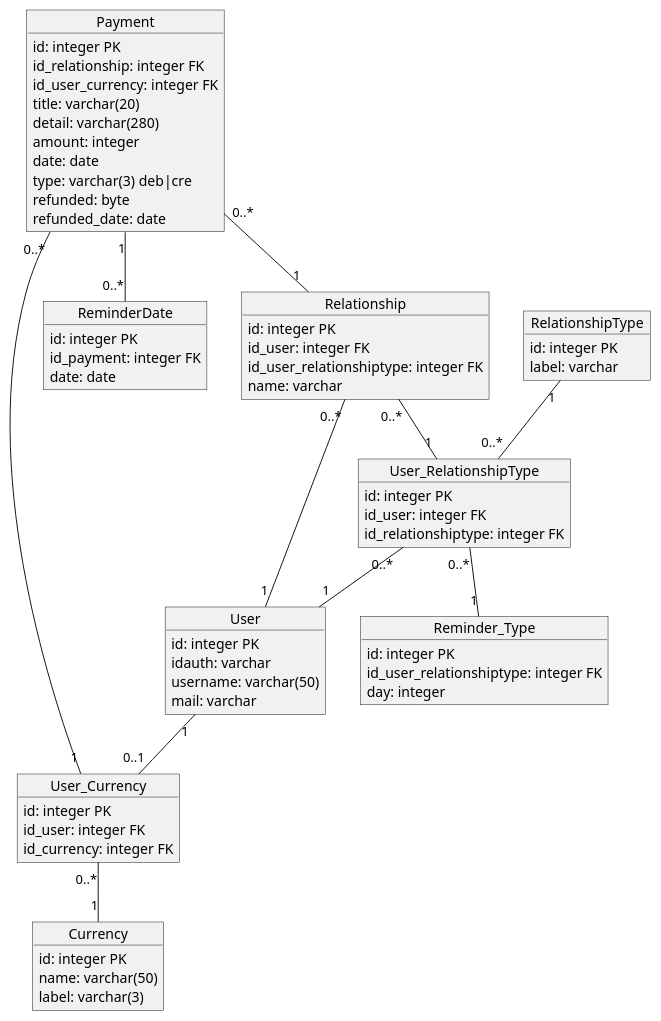
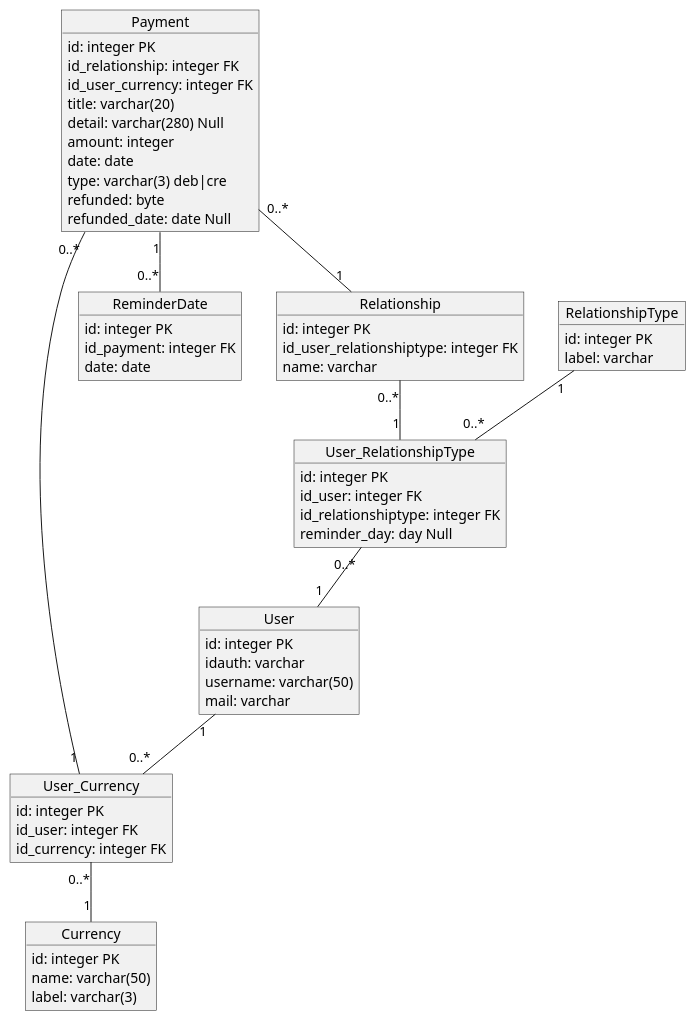
The diagram in plantUml/class.puml (kingdomflo/M-A-R-X_Backend), drawn with PlantUML before and after one commit. The commit also changed 2 other files, not shown here.

Commit message:
change uml and database

```diff
--- a/plantUml/class.puml
+++ b/plantUml/class.puml
@@ -1,74 +1,66 @@
 @startuml class
 object User {
   id: integer PK
   idauth: varchar
   username: varchar(50)
   mail: varchar
 }
 
 object Relationship {
   id: integer PK
-  id_user: integer FK
   id_user_relationshiptype: integer FK
   name: varchar
 }
 
 object RelationshipType {
   id: integer PK
   label: varchar
 }
 
 object User_RelationshipType {
   id: integer PK
   id_user: integer FK
   id_relationshiptype: integer FK
-}
-
-object Reminder_Type {
-  id: integer PK
-  id_user_relationshiptype: integer FK
-  day: integer
+  reminder_day: day Null
 }
 
 object Currency {
   id: integer PK
   name: varchar(50)
   label: varchar(3)
 }
 
 object User_Currency {
   id: integer PK
   id_user: integer FK
   id_currency: integer FK
 }
 
 object Payment {
   id: integer PK
   id_relationship: integer FK
   id_user_currency: integer FK
   title: varchar(20)
-  detail: varchar(280)
+  detail: varchar(280) Null
   amount: integer
   date: date
   type: varchar(3) deb|cre
   refunded: byte
-  refunded_date: date
+  refunded_date: date Null
 }
 
 object ReminderDate {
   id: integer PK
   id_payment: integer FK
   date: date
 }
 
-Relationship "0..*" -- "1" User
 Relationship "0..*" -- "1" User_RelationshipType
 RelationshipType "1" -- "0..*" User_RelationshipType
 User_RelationshipType "0..*" -- "1" User
-User_RelationshipType "0..*" -- "1" Reminder_Type
 User_Currency "0..*" -- "1" Currency
-User "1" -- "0..1" User_Currency
+User "1" -- "0..*" User_Currency
 Payment "0..*" -- "1" Relationship
 Payment "0..*" -- "1" User_Currency
 Payment "1" -- "0..*" ReminderDate
 @enduml
```
